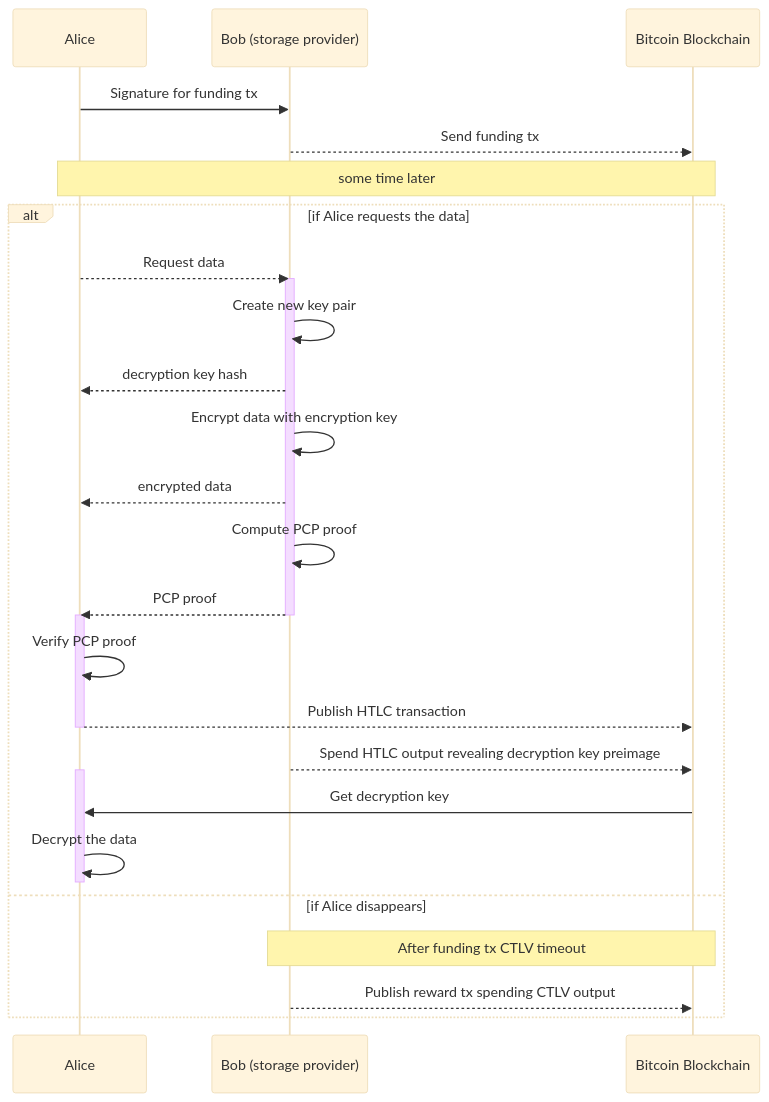
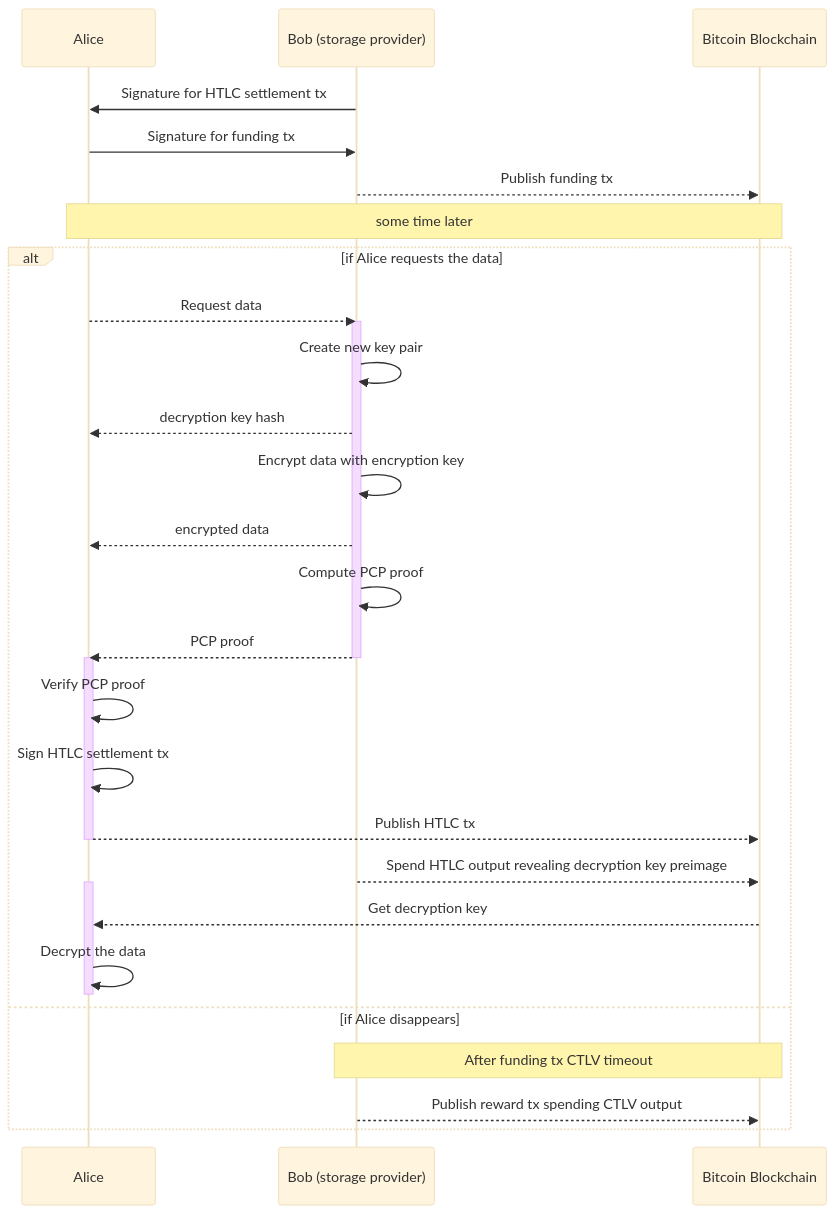
Before and after one commit to Storm-WG/storm-spec: the diagram in assets/simple_settlement_sequence.mermaid, drawn with Mermaid (base theme). The commit also changed 6 other files, not shown here.

```diff
--- a/assets/simple_settlement_sequence.mermaid
+++ b/assets/simple_settlement_sequence.mermaid
@@ -1,30 +1,32 @@
 sequenceDiagram
     participant A as Alice
     participant B as Bob (storage provider)
     participant BB as Bitcoin Blockchain
+    B->>A: Signature for HTLC settlement tx
     A->>B: Signature for funding tx
-    B-->>BB: Send funding tx
+    B-->>BB: Publish funding tx
     Note over A, BB: some time later
   alt if Alice requests the data
     A-->>B: Request data
     activate B
     B->>B: Create new key pair
     B-->>A: decryption key hash
     B->>B: Encrypt data with encryption key
     B-->>A: encrypted data
     B->>B: Compute PCP proof
     B-->>A: PCP proof
     deactivate B
     activate A
     A->>A: Verify PCP proof
-    A-->>BB: Publish HTLC transaction
+    A->>A: Sign HTLC settlement tx
+    A-->>BB: Publish HTLC tx
     deactivate A
     B-->>BB: Spend HTLC output revealing decryption key preimage
     activate A
-    BB->>A: Get decryption key
+    BB-->>A: Get decryption key
     A->>A: Decrypt the data
     deactivate A
   else if Alice disappears
     Note over B, BB: After funding tx CTLV timeout
     B-->>BB: Publish reward tx spending CTLV output
   end
```
